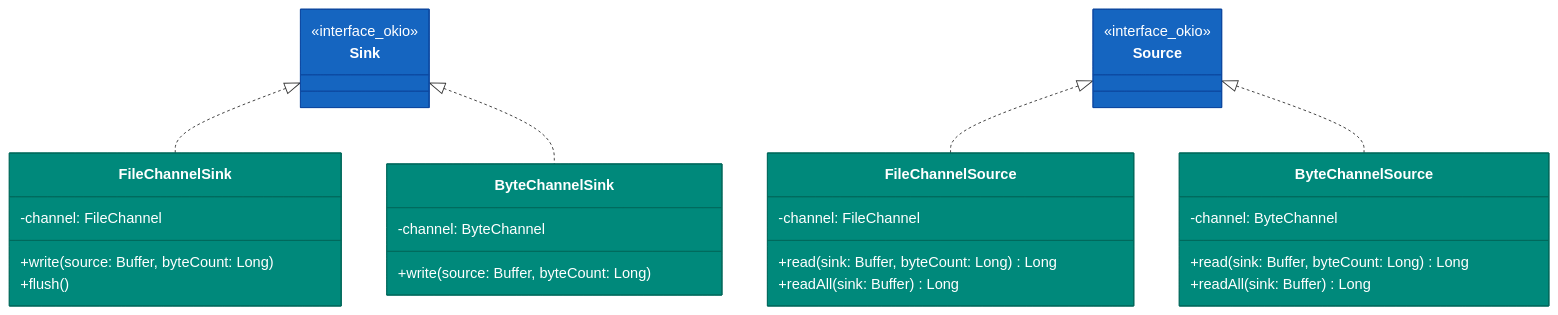
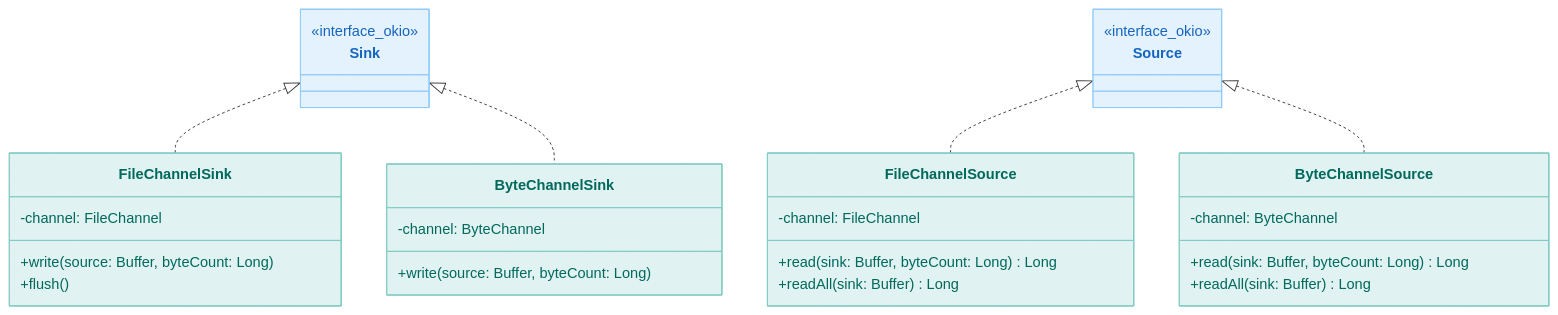
One commit to bluetape4k/bluetape4k-projects changed the second of 9 diagrams in io/okio/README.ko.md. Above: the diagram before and after it, drawn with Mermaid. The commit also changed other lines of this file and 219 other files, not shown here.

First line of the commit message:
docs: 전체 README Mermaid 다이어그램 가이드 적용

````diff
--- a/io/okio/README.ko.md
+++ b/io/okio/README.ko.md
@@ -378,44 +378,44 @@
 ```mermaid
 classDiagram
     class Sink {
         <<interface_okio>>
     }
     class Source {
         <<interface_okio>>
     }
 
     class FileChannelSink {
         -channel: FileChannel
         +write(source: Buffer, byteCount: Long)
         +flush()
     }
 
     class FileChannelSource {
         -channel: FileChannel
         +read(sink: Buffer, byteCount: Long) Long
         +readAll(sink: Buffer) Long
     }
 
     class ByteChannelSink {
         -channel: ByteChannel
         +write(source: Buffer, byteCount: Long)
     }
 
     class ByteChannelSource {
         -channel: ByteChannel
         +read(sink: Buffer, byteCount: Long) Long
         +readAll(sink: Buffer) Long
     }
 
     Sink <|.. FileChannelSink
     Sink <|.. ByteChannelSink
     Source <|.. FileChannelSource
     Source <|.. ByteChannelSource
 
-    style Sink fill:#1565C0,stroke:#0D47A1,color:#FFFFFF
-    style Source fill:#1565C0,stroke:#0D47A1,color:#FFFFFF
-    style FileChannelSink fill:#00897B,stroke:#00695C,color:#FFFFFF
-    style FileChannelSource fill:#00897B,stroke:#00695C,color:#FFFFFF
-    style ByteChannelSink fill:#00897B,stroke:#00695C,color:#FFFFFF
-    style ByteChannelSource fill:#00897B,stroke:#00695C,color:#FFFFFF
+    style Sink fill:#E3F2FD,stroke:#90CAF9,color:#1565C0
+    style Source fill:#E3F2FD,stroke:#90CAF9,color:#1565C0
+    style FileChannelSink fill:#E0F2F1,stroke:#80CBC4,color:#00695C
+    style FileChannelSource fill:#E0F2F1,stroke:#80CBC4,color:#00695C
+    style ByteChannelSink fill:#E0F2F1,stroke:#80CBC4,color:#00695C
+    style ByteChannelSource fill:#E0F2F1,stroke:#80CBC4,color:#00695C
 ```
````
